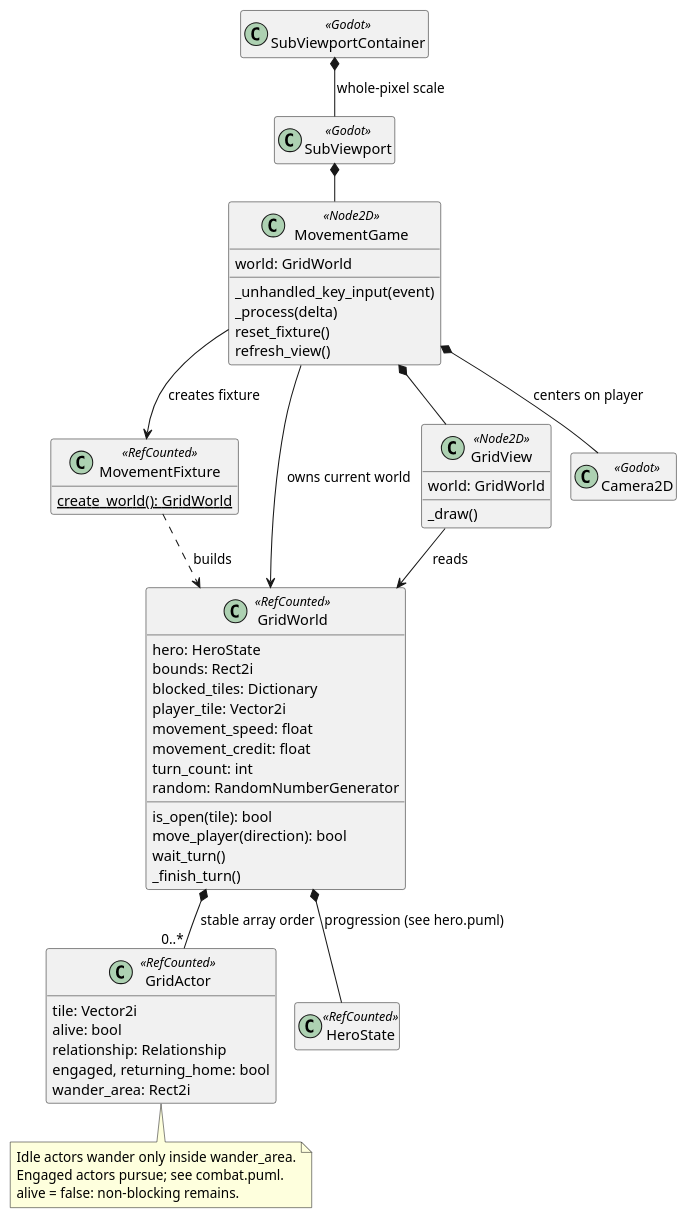
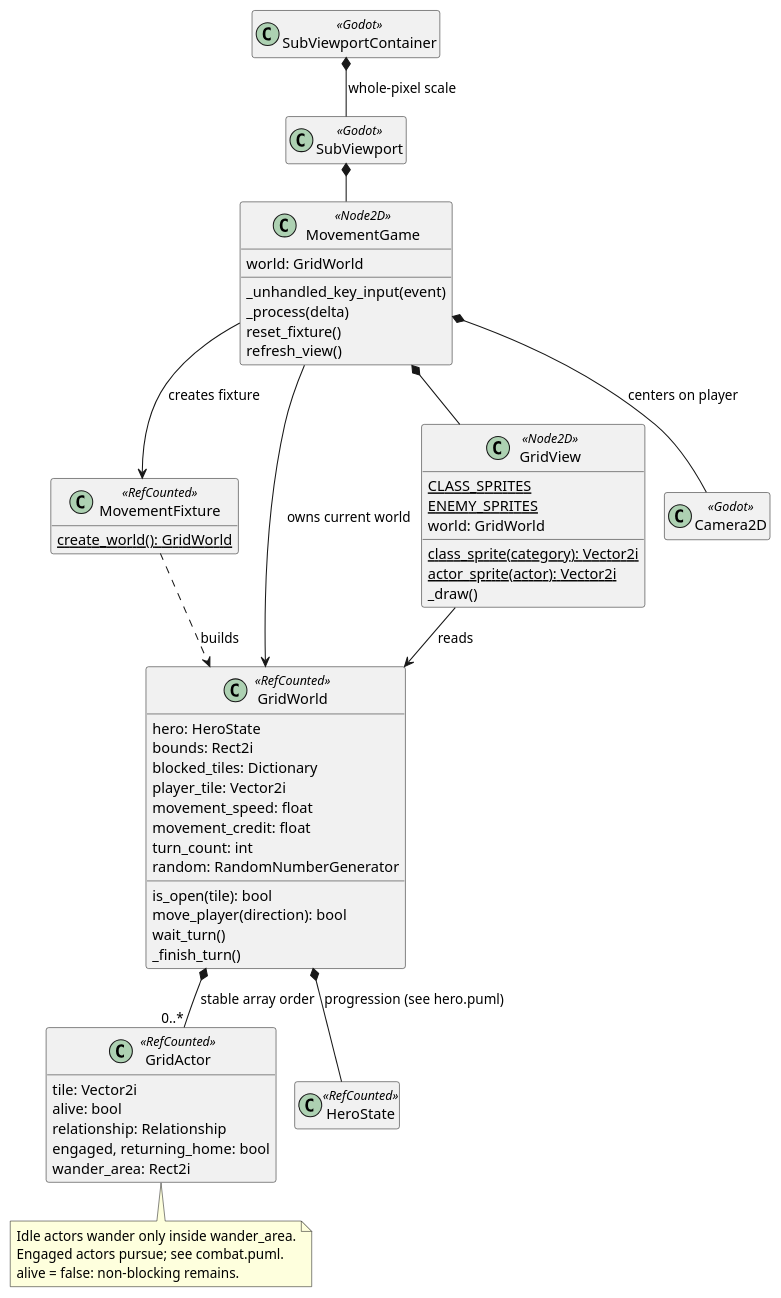
The diagram in docs/architecture/classes/movement.puml (VHonzik/Ostinato), drawn with PlantUML before and after one commit. The commit also changed 39 other files, not shown here.

```diff
--- a/docs/architecture/classes/movement.puml
+++ b/docs/architecture/classes/movement.puml
@@ -1,63 +1,67 @@
 @startuml
 !pragma layout smetana
 skinparam shadowing false
 skinparam classAttributeIconSize 0
 hide empty members
 
 class MovementGame <<Node2D>> {
   world: GridWorld
   _unhandled_key_input(event)
   _process(delta)
   reset_fixture()
   refresh_view()
 }
 class MovementFixture <<RefCounted>> {
   {static} create_world(): GridWorld
 }
 class GridWorld <<RefCounted>> {
   hero: HeroState
   bounds: Rect2i
   blocked_tiles: Dictionary
   player_tile: Vector2i
   movement_speed: float
   movement_credit: float
   turn_count: int
   random: RandomNumberGenerator
   is_open(tile): bool
   move_player(direction): bool
   wait_turn()
   _finish_turn()
 }
 class GridActor <<RefCounted>> {
   tile: Vector2i
   alive: bool
   relationship: Relationship
   engaged, returning_home: bool
   wander_area: Rect2i
 }
 class GridView <<Node2D>> {
+  {static} CLASS_SPRITES
+  {static} ENEMY_SPRITES
   world: GridWorld
+  {static} class_sprite(category): Vector2i
+  {static} actor_sprite(actor): Vector2i
   _draw()
 }
 class HeroState <<RefCounted>>
 class Camera2D <<Godot>>
 class SubViewportContainer <<Godot>>
 class SubViewport <<Godot>>
 
 SubViewportContainer *-- SubViewport : whole-pixel scale
 SubViewport *-- MovementGame
 MovementGame --> MovementFixture : creates fixture
 MovementFixture ..> GridWorld : builds
 MovementGame *-- GridView
 MovementGame *-- Camera2D : centers on player
 MovementGame --> GridWorld : owns current world
 GridView --> GridWorld : reads
 GridWorld *-- HeroState : progression (see hero.puml)
 GridWorld *-- "0..*" GridActor : stable array order
 
 note bottom of GridActor
 Idle actors wander only inside wander_area.
 Engaged actors pursue; see combat.puml.
 alive = false: non-blocking remains.
 end note
 @enduml
```
